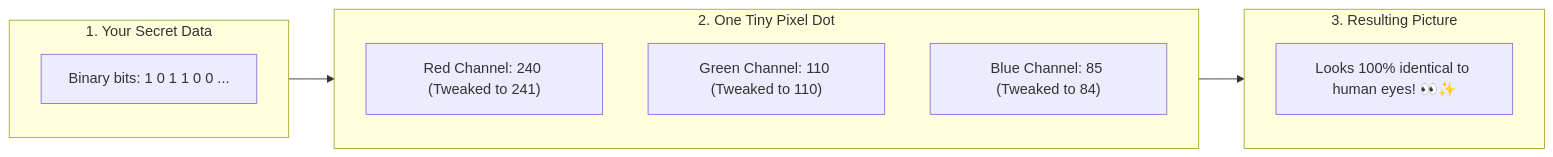
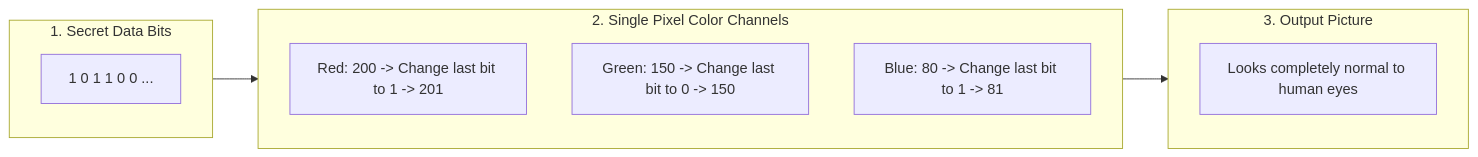
Before and after one commit to sujalkathait93-lab/filesender: the fourth of 4 diagrams in README.md, drawn with Mermaid. The commit also changed other lines of this file, not shown here.

Commit message:
Refactor README: clean tone, beginner-friendly explanations, simplified diagrams, minimal emojis

````diff
--- a/README.md
+++ b/README.md
@@ -153,18 +163,18 @@
 ```mermaid
 flowchart LR
-    subgraph INPUT ["1. Your Secret Data"]
-        DATA["Binary bits: 1 0 1 1 0 0 ..."]
+    subgraph DATA ["1. Secret Data Bits"]
+        D["1 0 1 1 0 0 ..."]
     end
 
-    subgraph PIXEL ["2. One Tiny Pixel Dot"]
-        R["Red Channel: 240 (Tweaked to 241)"]
-        G["Green Channel: 110 (Tweaked to 110)"]
-        B["Blue Channel: 85 (Tweaked to 84)"]
+    subgraph PIXEL ["2. Single Pixel Color Channels"]
+        R["Red: 200 -> Change last bit to 1 -> 201"]
+        G["Green: 150 -> Change last bit to 0 -> 150"]
+        B["Blue: 80 -> Change last bit to 1 -> 81"]
     end
 
-    subgraph OUTPUT ["3. Resulting Picture"]
-        IMG["Looks 100% identical to human eyes! 👀✨"]
+    subgraph RESULT ["3. Output Picture"]
+        O["Looks completely normal to human eyes"]
     end
 
-    INPUT --> PIXEL --> OUTPUT
+    DATA --> PIXEL --> RESULT
 ```
````
